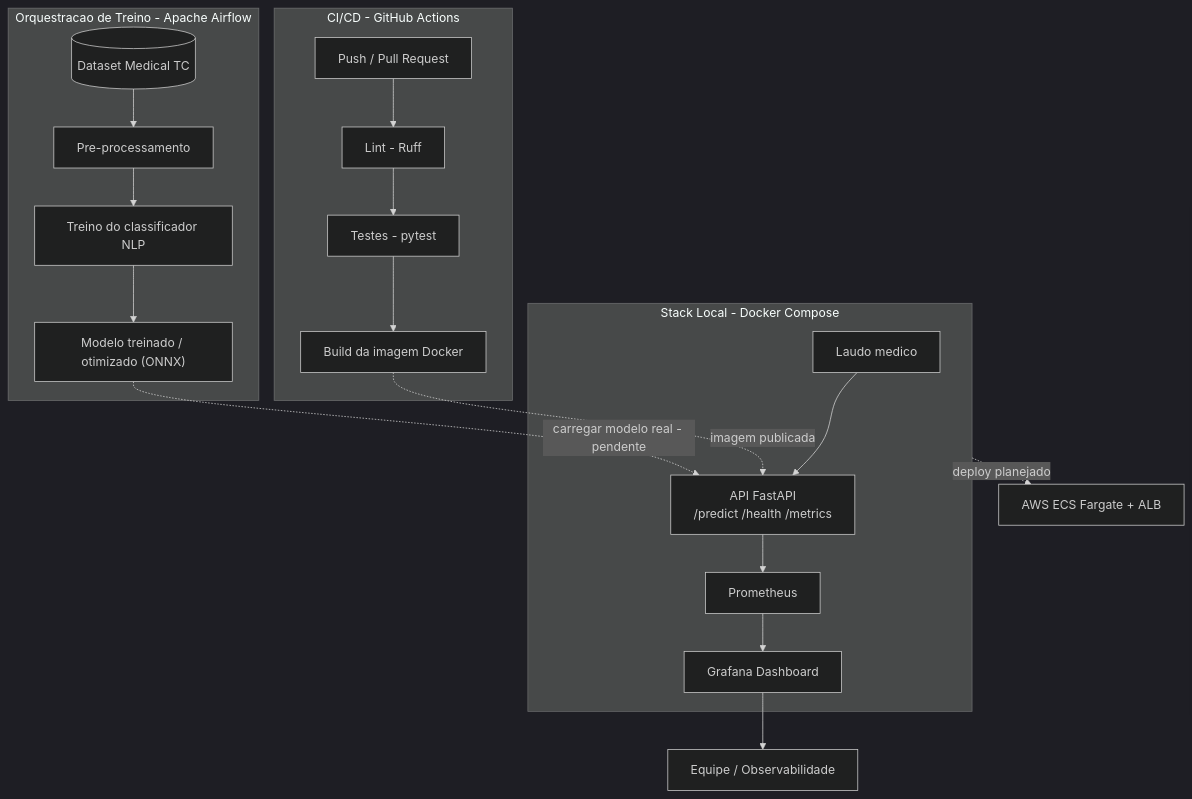
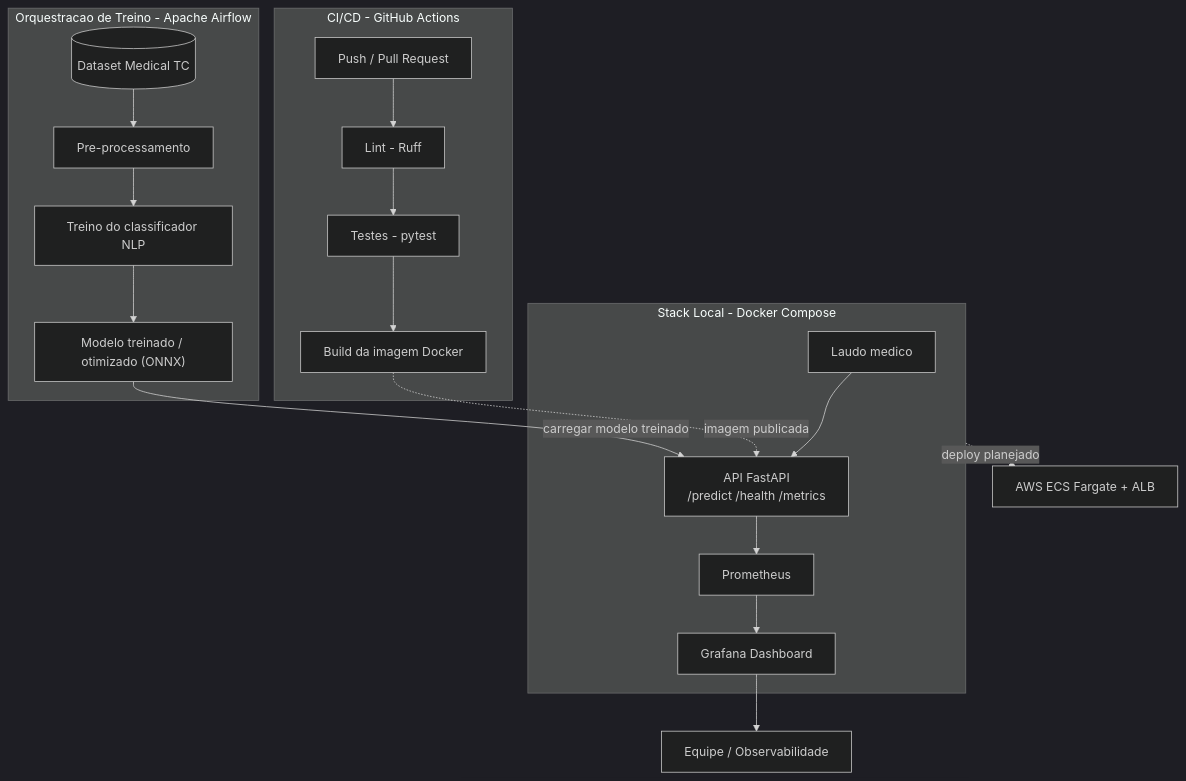
One commit to Cilli01/clinical-triage-mlops changed the diagram in README.md. Above: the diagram before and after it, drawn with Mermaid (dark theme). The commit also changed other lines of this file and 8 other files, not shown here.

First line of the commit message:
Integra o modelo treinado na API de predicao

````diff
--- a/README.md
+++ b/README.md
@@ -12,25 +12,25 @@
 ```mermaid
 flowchart TB
     subgraph CICD["CI/CD - GitHub Actions"]
         Push["Push / Pull Request"] --> Lint["Lint - Ruff"]
         Lint --> Test["Testes - pytest"]
         Test --> Build["Build da imagem Docker"]
     end
 
     subgraph Treino["Orquestracao de Treino - Apache Airflow"]
         Raw[("Dataset Medical TC")] --> Prep["Pre-processamento"]
         Prep --> Train["Treino do classificador NLP"]
         Train --> Model["Modelo treinado / otimizado (ONNX)"]
     end
 
     subgraph Stack["Stack Local - Docker Compose"]
         Hospital["Laudo medico"] --> API["API FastAPI<br/>/predict /health /metrics"]
         API --> Prom["Prometheus"]
         Prom --> Graf["Grafana Dashboard"]
     end
 
     Build -.->|"imagem publicada"| API
-    Model -.->|"carregar modelo real - pendente"| API
+    Model -->|"carregar modelo treinado"| API
     Graf --> Equipe["Equipe / Observabilidade"]
     Stack -.->|"deploy planejado"| Cloud["AWS ECS Fargate + ALB"]
 ```
````
